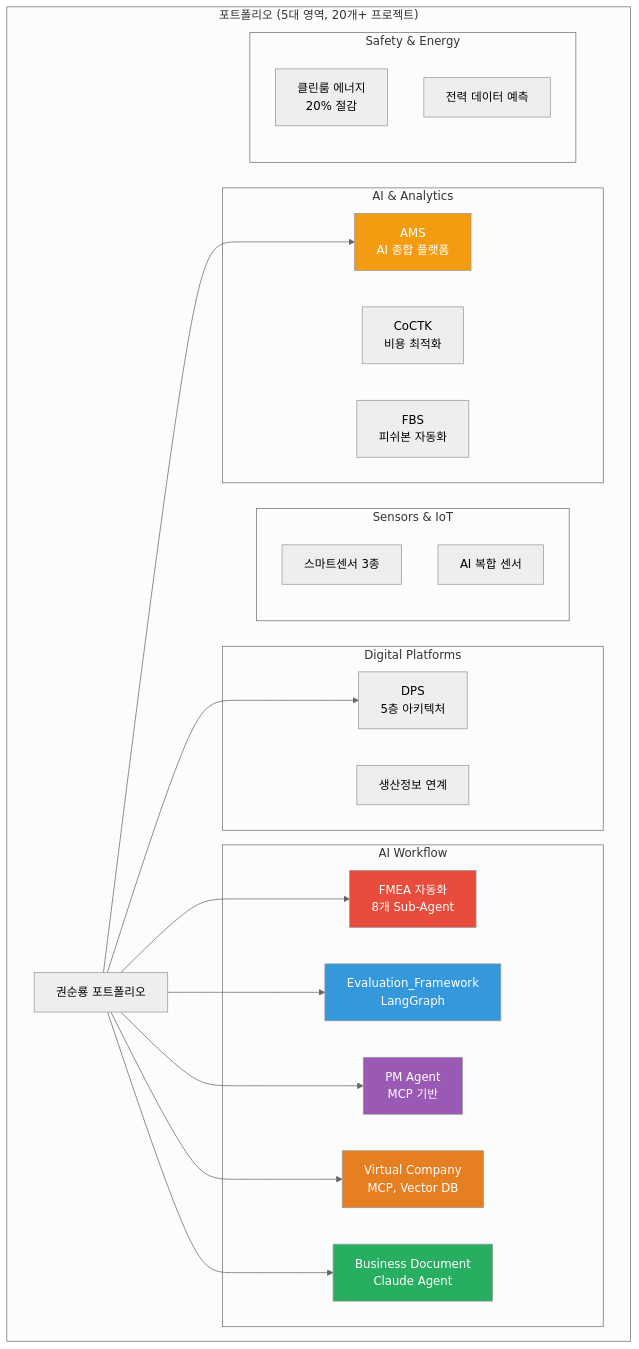
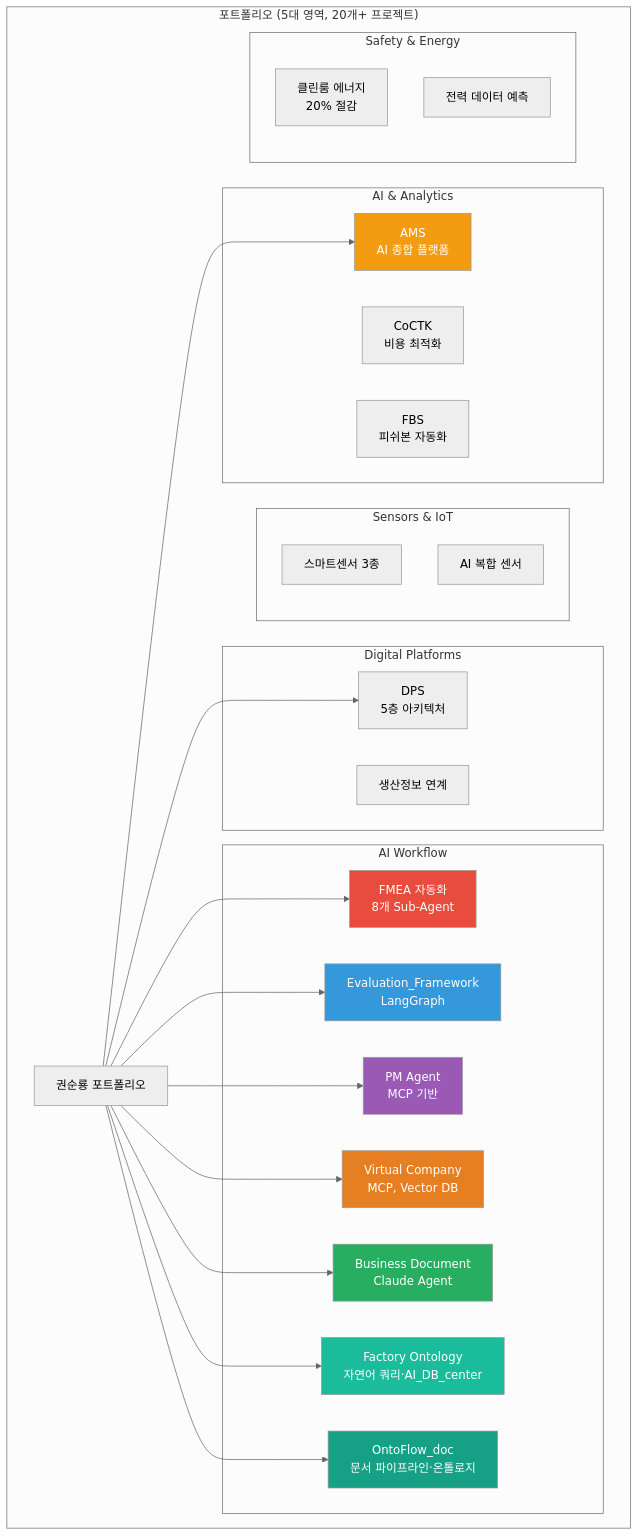
Before and after one commit to moobaek/Testing_AI_agents_for_public_use: the first of 5 diagrams in portfolio/portfolio_docs/assets/LG전자/권순룡_포트폴리오_LG전자_AI_엔지니어.md, drawn with Mermaid (neutral theme). The commit also changed other lines of this file and 11 other files, not shown here.

First line of the commit message:
docs(portfolio): 퇴사일·입사일·OPIc 반영, Factory/OntoFlow 보강, LG전자 assets 업데이트

````diff
--- a/portfolio/portfolio_docs/assets/LG전자/권순룡_포트폴리오_LG전자_AI_엔지니어.md
+++ b/portfolio/portfolio_docs/assets/LG전자/권순룡_포트폴리오_LG전자_AI_엔지니어.md
@@ -14,50 +14,56 @@
 ```mermaid
 graph TB
     subgraph "포트폴리오 (5대 영역, 20개+ 프로젝트)"
         Root[권순룡 포트폴리오]
         
         subgraph "AI & Analytics"
             AMS[AMS<br/>AI 종합 플랫폼]
             CoCTK[CoCTK<br/>비용 최적화]
             FBS[FBS<br/>피쉬본 자동화]
         end
         
         subgraph "Digital Platforms"
             DPS[DPS<br/>5층 아키텍처]
             Production[생산정보 연계]
         end
         
         subgraph "AI Workflow"
             FMEA[FMEA 자동화<br/>8개 Sub-Agent]
             Eval[Evaluation_Framework<br/>LangGraph]
             PM[PM Agent<br/>MCP 기반]
             Virtual[Virtual Company<br/>MCP, Vector DB]
             Business[Business Document<br/>Claude Agent]
+            Factory[Factory Ontology<br/>자연어 쿼리·AI_DB_center]
+            OntoFlow[OntoFlow_doc<br/>문서 파이프라인·온톨로지]
         end
         
         subgraph "Sensors & IoT"
             Smart[스마트센서 3종]
             AIComposite[AI 복합 센서]
         end
         
         subgraph "Safety & Energy"
             Cleanroom[클린룸 에너지<br/>20% 절감]
             Power[전력 데이터 예측]
         end
     end
     
     Root --> AMS
     Root --> DPS
     Root --> FMEA
     Root --> Eval
     Root --> PM
     Root --> Virtual
     Root --> Business
+    Root --> Factory
+    Root --> OntoFlow
     
     style FMEA fill:#e74c3c,color:#fff
     style Eval fill:#3498db,color:#fff
     style PM fill:#9b59b6,color:#fff
     style Virtual fill:#e67e22,color:#fff
     style Business fill:#27ae60,color:#fff
+    style Factory fill:#1abc9c,color:#fff
+    style OntoFlow fill:#16a085,color:#fff
     style AMS fill:#f39c12,color:#fff
 ```
````
